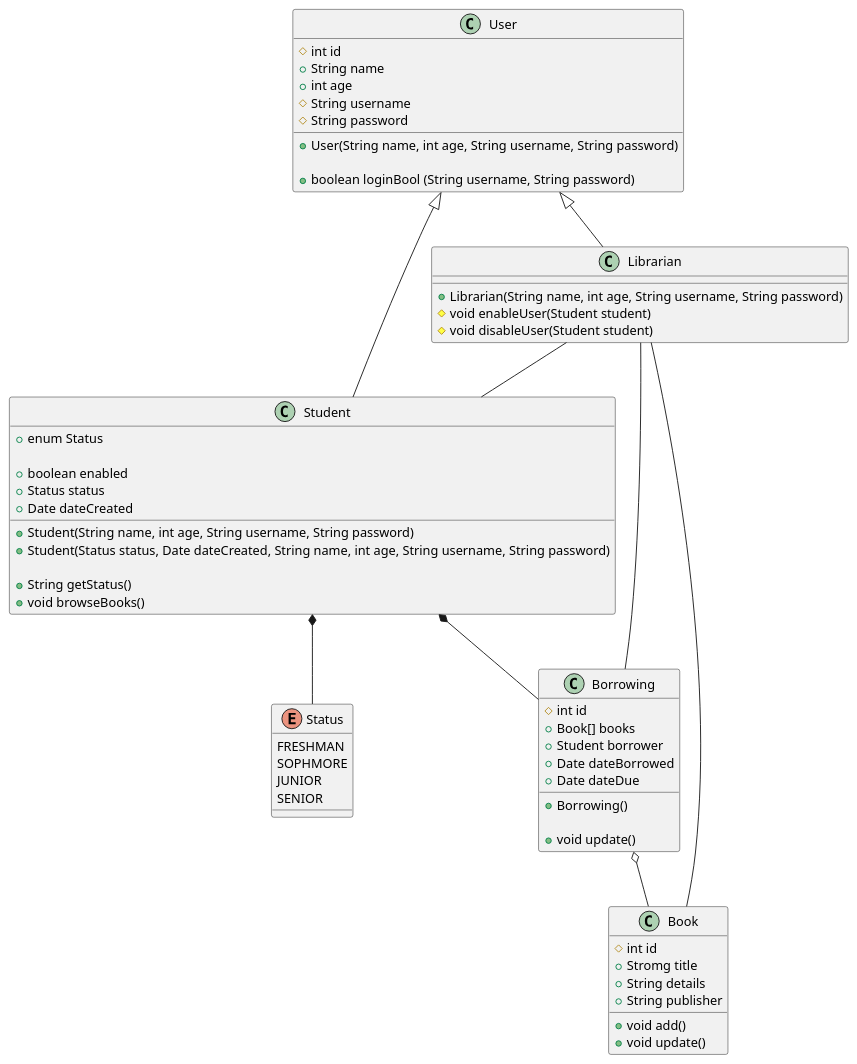
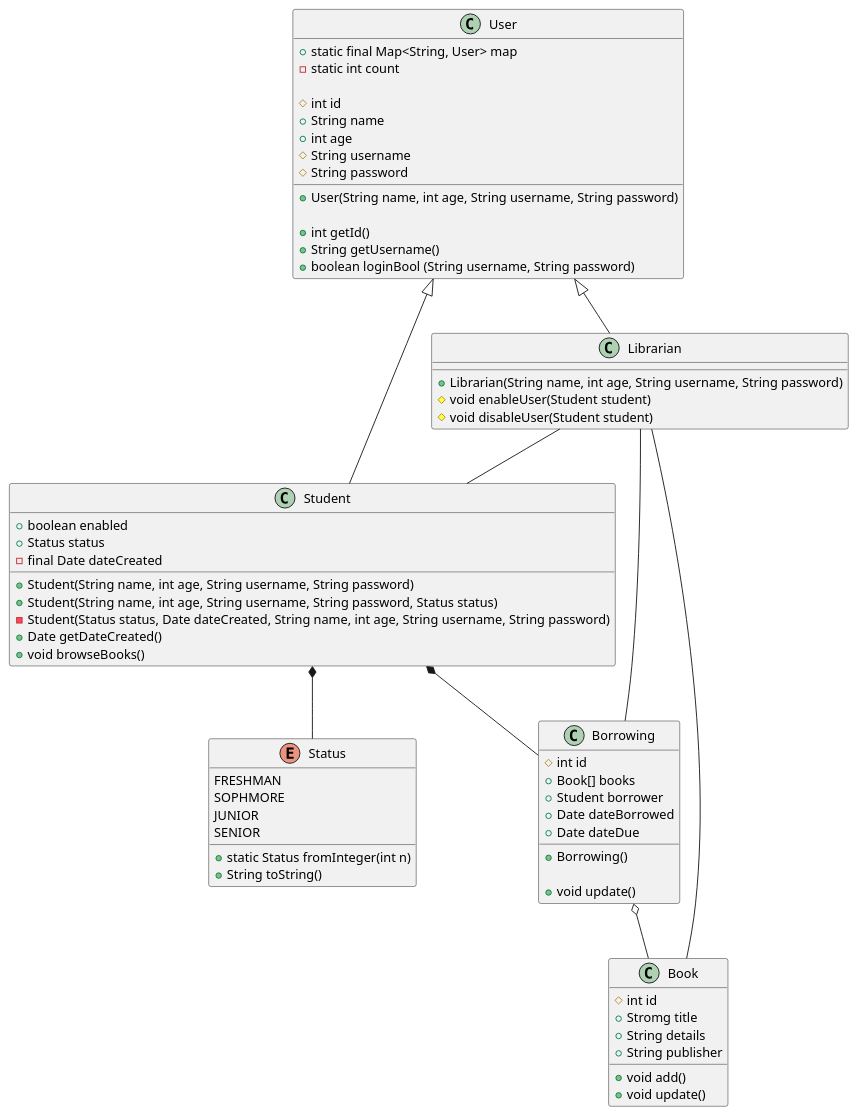
One commit to drumman22/COP3330-Group-Project changed the diagram in UML.puml. Above: the diagram before and after it, drawn with PlantUML.

Commit message:
Updated UML

```diff
--- a/UML.puml
+++ b/UML.puml
@@ -1,74 +1,81 @@
 @startuml
 
 class User {
+    + static final Map<String, User> map
+    - static int count
+
     # int id
     + String name
     + int age
     # String username
     # String password
 
     + User(String name, int age, String username, String password)
 
+    + int getId()
+    + String getUsername()
     + boolean loginBool (String username, String password)
-
 }
 
 class Librarian {
     + Librarian(String name, int age, String username, String password)
     # void enableUser(Student student)
     # void disableUser(Student student)
 }
 
 class Student {
-    + enum Status
-
     + boolean enabled
     + Status status
-    + Date dateCreated
+    - final Date dateCreated
 
     + Student(String name, int age, String username, String password)
-    + Student(Status status, Date dateCreated, String name, int age, String username, String password)
+    + Student(String name, int age, String username, String password, Status status)
+    - Student(Status status, Date dateCreated, String name, int age, String username, String password)
 
-    + String getStatus()
+
+    + Date getDateCreated()
     + void browseBooks()
 }
 
 enum Status {
         FRESHMAN
         SOPHMORE
         JUNIOR
         SENIOR
+
+        + static Status fromInteger(int n)
+        + String toString()
 }
 
 class Borrowing {
     # int id
     + Book[] books
     + Student borrower
     + Date dateBorrowed
     + Date dateDue
 
     + Borrowing()
 
     + void update()
 }
 
 class Book {
     # int id
     + Stromg title
     + String details
     + String publisher
 
     + void add()
     + void update()
 }
 
 User <|-- Student
 User <|-- Librarian
 Student *-- Status
 Student *-- Borrowing
 Borrowing -- Librarian
 Borrowing o-- Book
 Librarian -- Student
 Book -- Librarian
 
 @enduml
```
